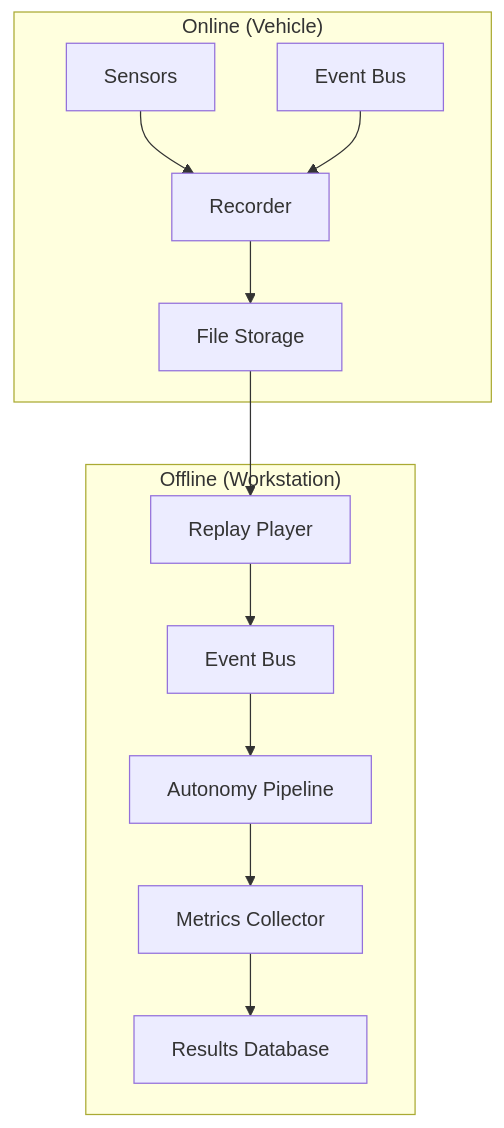
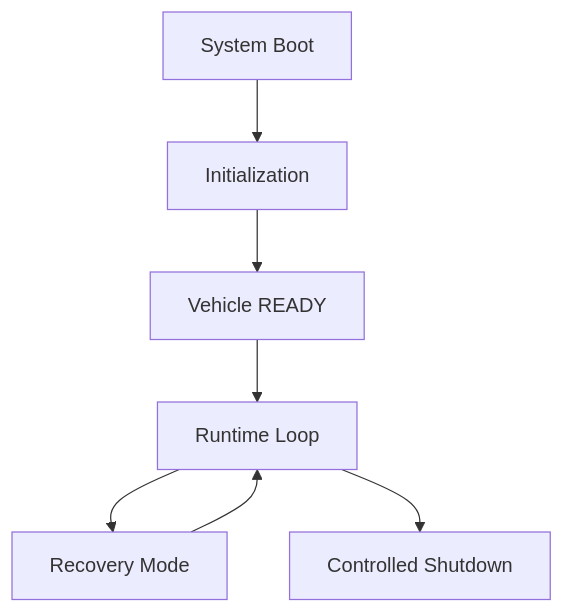
The second of 3 diagrams in PROJECT_BRAIN.md (dayashimoga/udos), drawn with Mermaid before and after one commit. The commit also changed other lines of this file and 14 other files, not shown here.

````diff
--- a/PROJECT_BRAIN.md
+++ b/PROJECT_BRAIN.md
@@ -1031,16 +184,9 @@
 ```mermaid
-graph TB
-    subgraph "Online (Vehicle)"
-        S[Sensors] --> R[Recorder]
-        EB[Event Bus] --> R
-        R --> FS[File Storage]
-    end
-
-    subgraph "Offline (Workstation)"
-        FS --> RP[Replay Player]
-        RP --> EB2[Event Bus]
-        EB2 --> PIPE[Autonomy Pipeline]
-        PIPE --> M[Metrics Collector]
-        M --> DB[Results Database]
-    end
+graph TD
+    BOOT[System Boot] --> INIT[Initialization]
+    INIT --> READY[Vehicle READY]
+    READY --> LOOP[Runtime Loop]
+    LOOP --> RECOV[Recovery Mode]
+    RECOV --> LOOP
+    LOOP --> SHUT[Controlled Shutdown]
 ```
````
